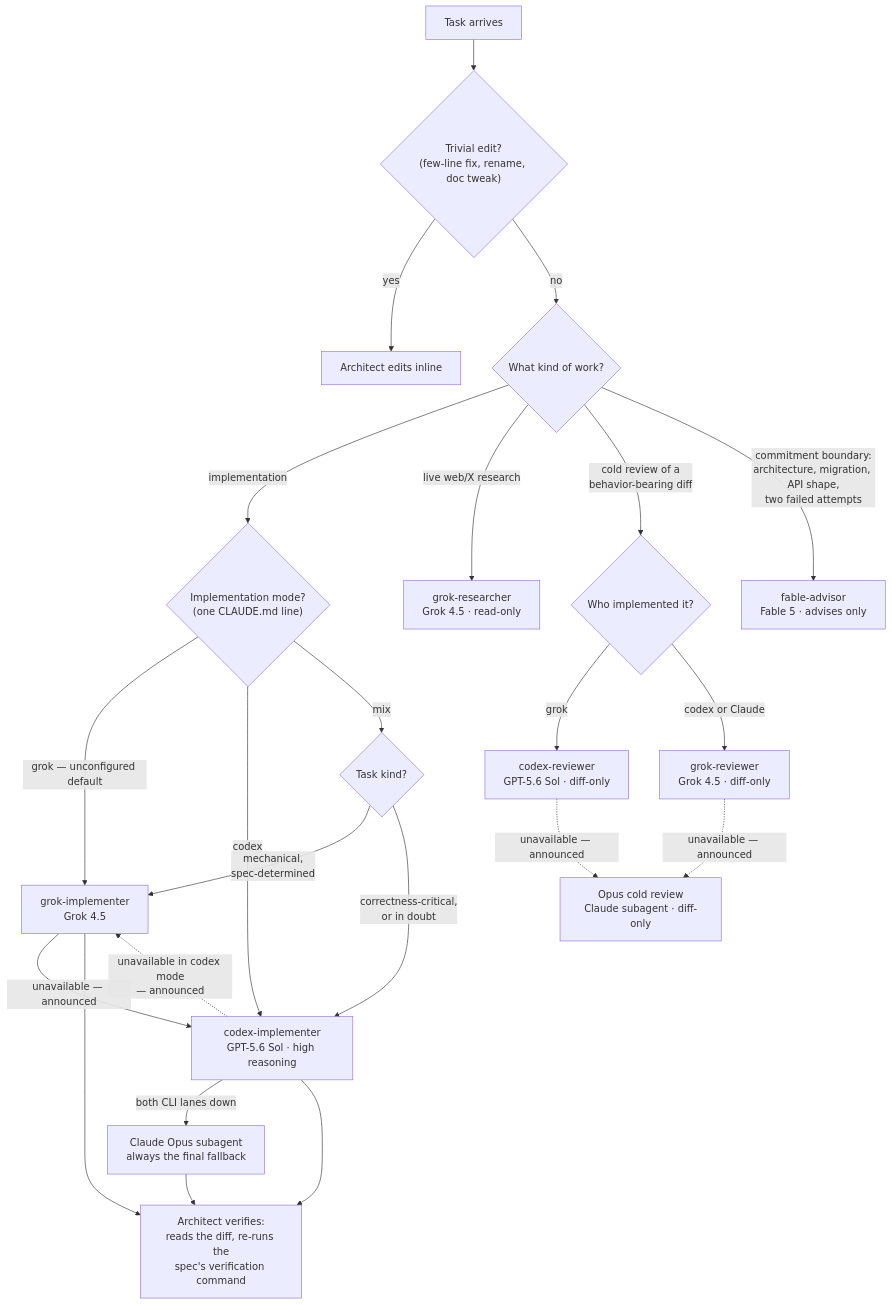
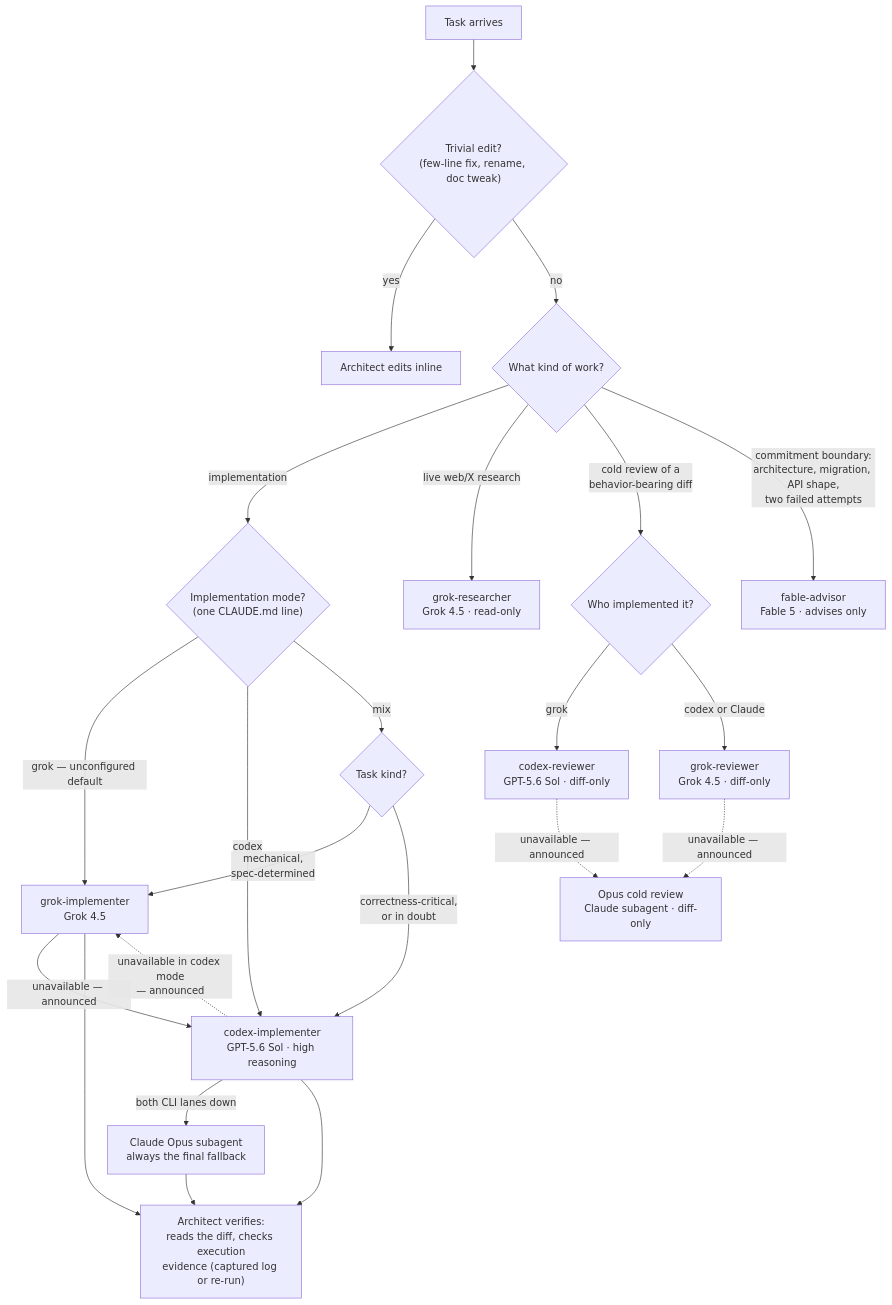
Before and after one commit to mar3co/fable-advisor: the diagram in README.md, drawn with Mermaid. The commit also changed other lines of this file and 8 other files, not shown here.

````diff
--- a/README.md
+++ b/README.md
@@ -19,28 +19,28 @@
 ```mermaid
 flowchart TD
     T["Task arrives"] --> Q{"Trivial edit?<br/>(few-line fix, rename, doc tweak)"}
     Q -->|yes| INLINE["Architect edits inline"]
     Q -->|no| K{"What kind of work?"}
 
     K -->|implementation| DEF{"Implementation mode?<br/>(one CLAUDE.md line)"}
     DEF -->|"grok — unconfigured default"| GROK["grok-implementer<br/>Grok 4.5"]
     DEF -->|codex| CODEX["codex-implementer<br/>GPT-5.6 Sol · high reasoning"]
     DEF -->|mix| MIX{"Task kind?"}
     MIX -->|"mechanical,<br/>spec-determined"| GROK
     MIX -->|"correctness-critical,<br/>or in doubt"| CODEX
     GROK -->|"unavailable — announced"| CODEX
     CODEX -.->|"unavailable in codex mode<br/>— announced"| GROK
     CODEX -->|"both CLI lanes down"| OPUS["Claude Opus subagent<br/>always the final fallback"]
 
     K -->|"live web/X research"| RES["grok-researcher<br/>Grok 4.5 · read-only"]
     K -->|"cold review of a<br/>behavior-bearing diff"| REV{"Who implemented it?"}
     REV -->|grok| CREV["codex-reviewer<br/>GPT-5.6 Sol · diff-only"]
     REV -->|"codex or Claude"| GREV["grok-reviewer<br/>Grok 4.5 · diff-only"]
     CREV -.->|"unavailable — announced"| OREV["Opus cold review<br/>Claude subagent · diff-only"]
     GREV -.->|"unavailable — announced"| OREV
     K -->|"commitment boundary:<br/>architecture, migration, API shape,<br/>two failed attempts"| ADV["fable-advisor<br/>Fable 5 · advises only"]
 
-    GROK --> VER["Architect verifies:<br/>reads the diff, re-runs the<br/>spec's verification command"]
+    GROK --> VER["Architect verifies:<br/>reads the diff, checks execution<br/>evidence (captured log or re-run)"]
     CODEX --> VER
     OPUS --> VER
 ```
````
